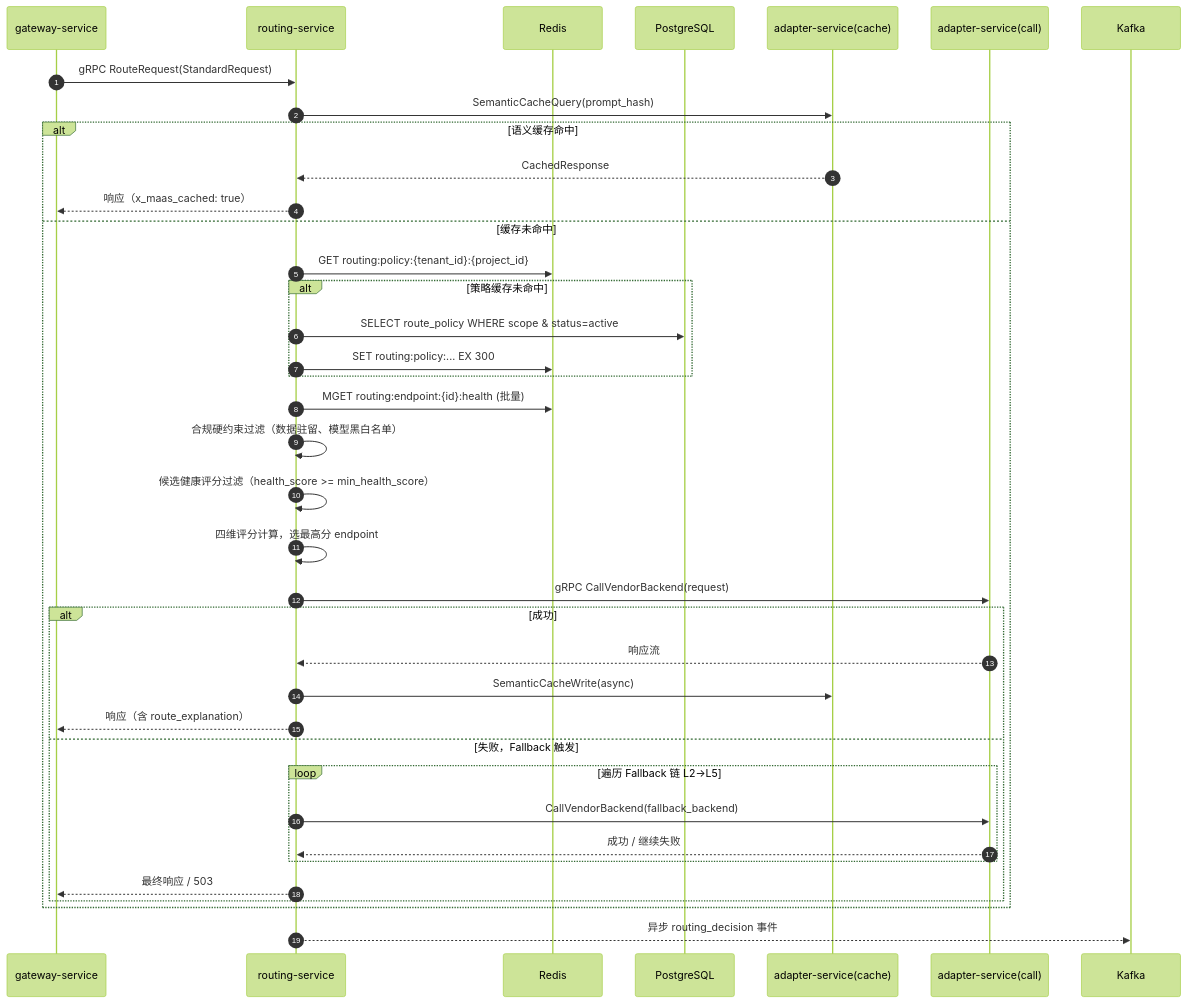
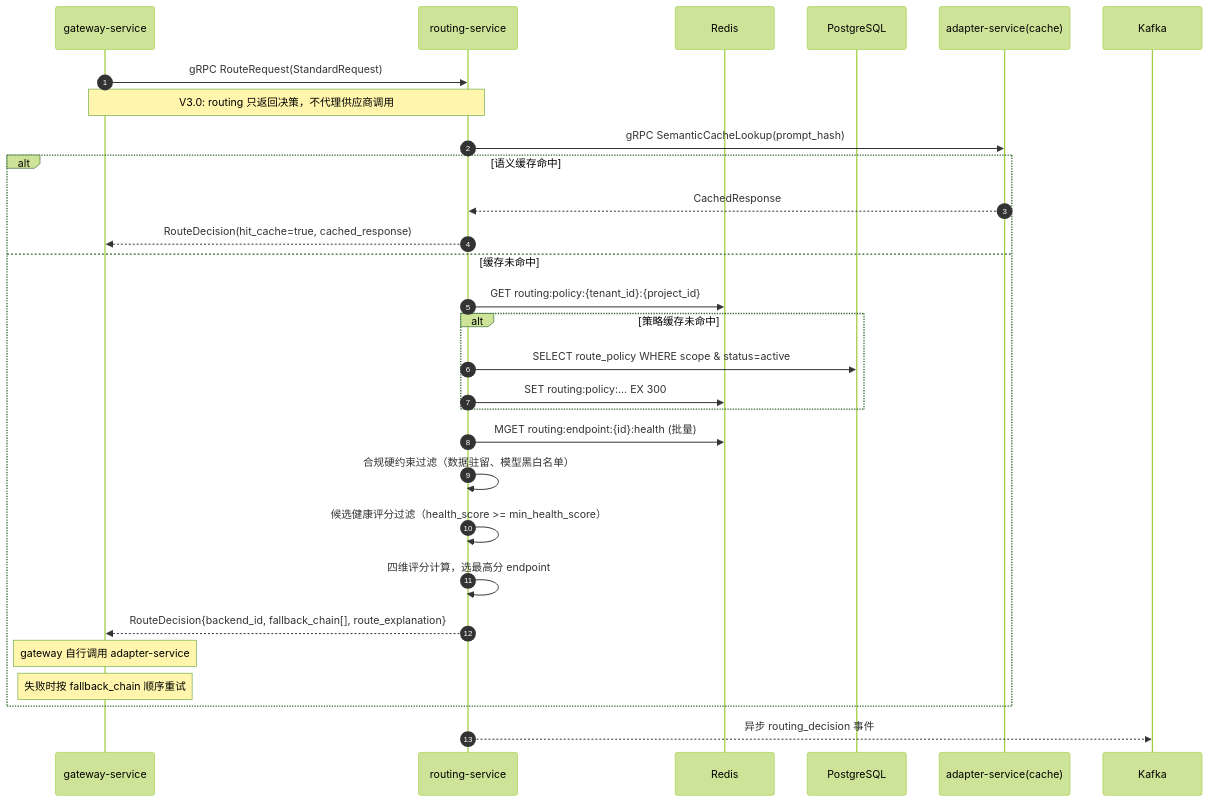
Before and after one commit to kate1128/OpenMaas: the third of 3 diagrams in 05-开发设计/01-后端设计/微服务设计/02-routing-service详细设计.md, drawn with Mermaid (forest theme). The commit also changed other lines of this file and 11239 other files, not shown here.

````diff
--- a/05-开发设计/01-后端设计/微服务设计/02-routing-service详细设计.md
+++ b/05-开发设计/01-后端设计/微服务设计/02-routing-service详细设计.md
@@ -187,45 +253,38 @@
 ```mermaid
 sequenceDiagram
     autonumber
     participant GW as gateway-service
     participant RS as routing-service
     participant Redis as Redis
     participant DB as PostgreSQL
     participant Cache as adapter-service(cache)
-    participant Adapter as adapter-service(call)
     participant Kafka as Kafka
 
     GW->>RS: gRPC RouteRequest(StandardRequest)
 
-    RS->>Cache: SemanticCacheQuery(prompt_hash)
+    Note over GW,RS: V3.0: routing 只返回决策，不代理供应商调用
+
+    RS->>Cache: gRPC SemanticCacheLookup(prompt_hash)
     alt 语义缓存命中
         Cache-->>RS: CachedResponse
-        RS-->>GW: 响应（x_maas_cached: true）
+        RS-->>GW: RouteDecision(hit_cache=true, cached_response)
     else 缓存未命中
         RS->>Redis: GET routing:policy:{tenant_id}:{project_id}
         alt 策略缓存未命中
             RS->>DB: SELECT route_policy WHERE scope & status=active
             RS->>Redis: SET routing:policy:... EX 300
         end
 
         RS->>Redis: MGET routing:endpoint:{id}:health (批量)
         RS->>RS: 合规硬约束过滤（数据驻留、模型黑白名单）
         RS->>RS: 候选健康评分过滤（health_score >= min_health_score）
         RS->>RS: 四维评分计算，选最高分 endpoint
 
-        RS->>Adapter: gRPC CallVendorBackend(request)
-        alt 成功
-            Adapter-->>RS: 响应流
-            RS->>Cache: SemanticCacheWrite(async)
-            RS-->>GW: 响应（含 route_explanation）
-        else 失败，Fallback 触发
-            loop 遍历 Fallback 链 L2→L5
-                RS->>Adapter: CallVendorBackend(fallback_backend)
-                Adapter-->>RS: 成功 / 继续失败
-            end
-            RS-->>GW: 最终响应 / 503
-        end
+        RS-->>GW: RouteDecision{backend_id, fallback_chain[], route_explanation}
+
+        Note over GW: gateway 自行调用 adapter-service
+        Note over GW: 失败时按 fallback_chain 顺序重试
     end
 
     RS-->>Kafka: 异步 routing_decision 事件
 ```
````
